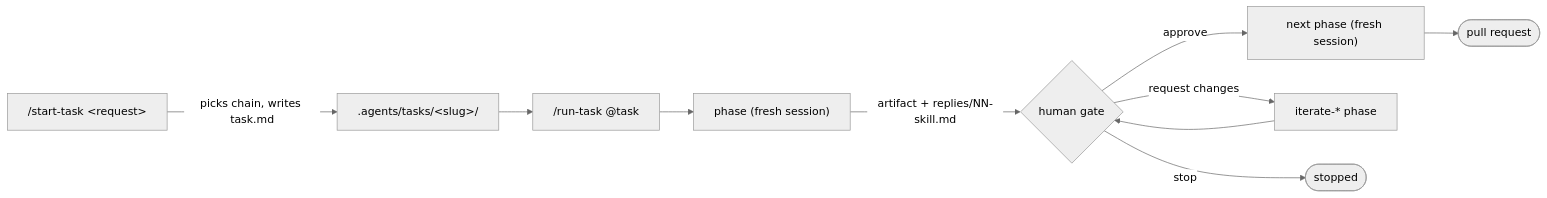
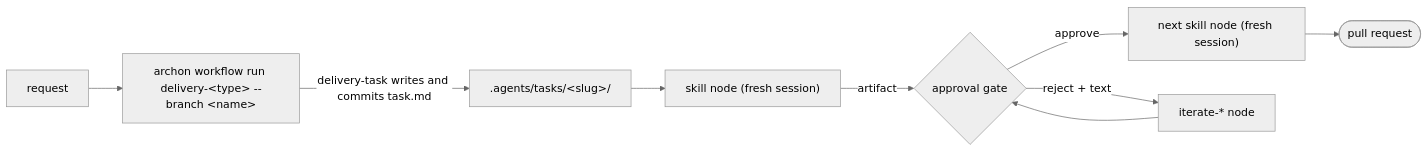
Before and after one commit to MarkTripoli/skills: the diagram in README.md, drawn with Mermaid (neutral theme). The commit also changed other lines of this file and 10 other files, not shown here.

````diff
--- a/README.md
+++ b/README.md
@@ -46,11 +52,10 @@
 ```mermaid
 flowchart LR
-    R["/start-task &lt;request&gt;"] -->|picks chain, writes task.md| T[".agents/tasks/&lt;slug&gt;/"]
-    T --> RT["/run-task @task"]
-    RT --> P1["phase (fresh session)"]
-    P1 -->|artifact + replies/NN-skill.md| G{human gate}
-    G -->|approve| P2["next phase (fresh session)"]
-    G -->|request changes| I["iterate-* phase"] --> G
-    G -->|stop| X([stopped])
+    R["request"] --> A["archon workflow run delivery-&lt;type&gt; --branch &lt;name&gt;"]
+    A -->|delivery-task writes and commits task.md| T[".agents/tasks/&lt;slug&gt;/"]
+    T --> P1["skill node (fresh session)"]
+    P1 -->|artifact| G{approval gate}
+    G -->|approve| P2["next skill node (fresh session)"]
+    G -->|reject + text| I["iterate-* node"] --> G
     P2 --> PR([pull request])
 ```
````
